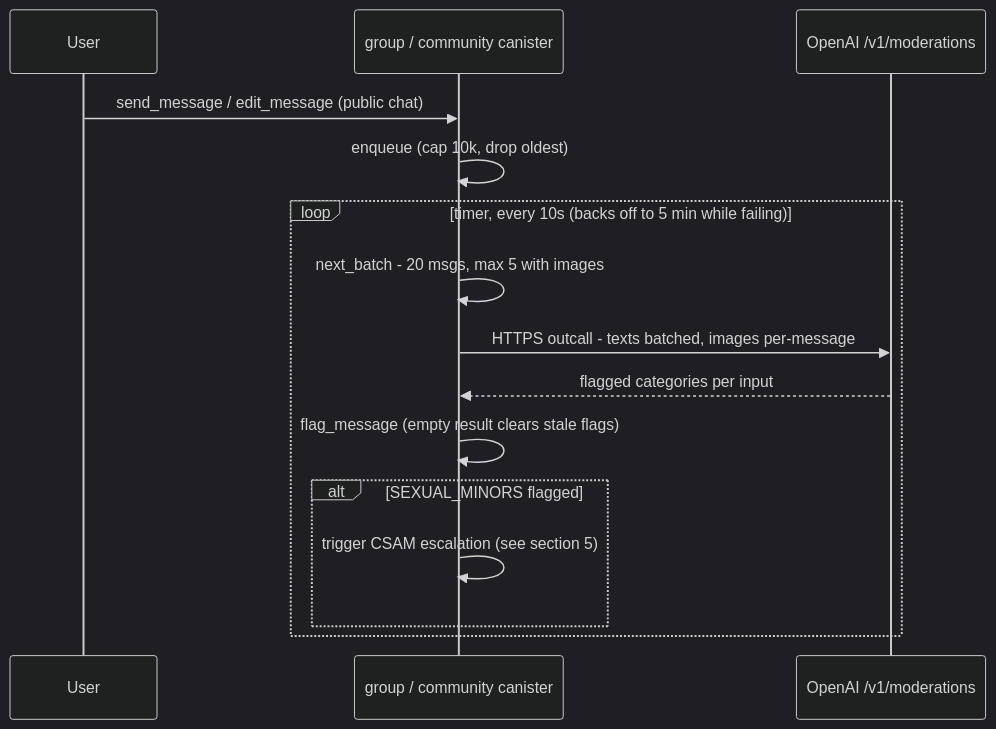
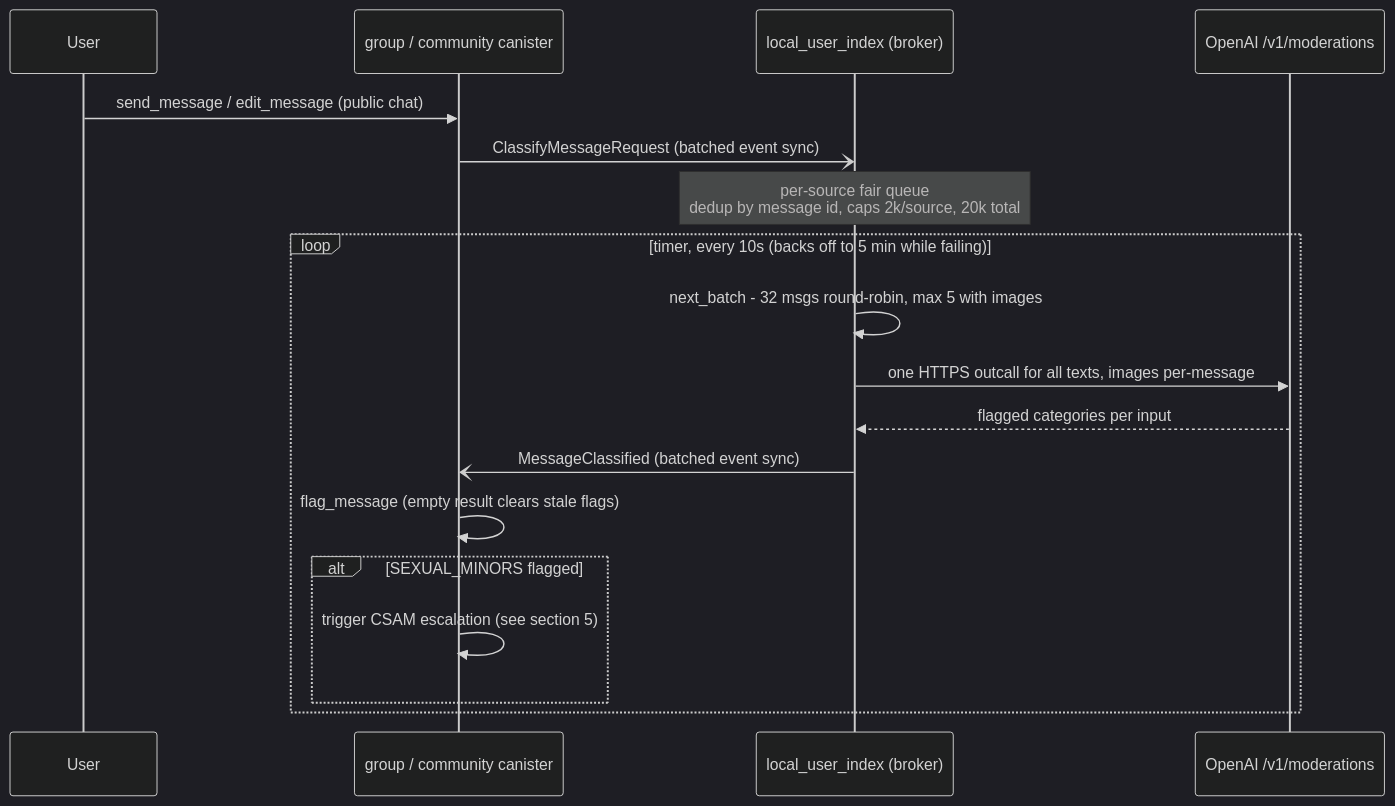
The second of 5 diagrams in architecture/moderation.md (open-chat-labs/open-chat), drawn with Mermaid (dark theme) before and after one commit. The commit also changed other lines of this file, not shown here.

Commit message:
docs: describe the classification broker in the moderation doc

````diff
--- a/architecture/moderation.md
+++ b/architecture/moderation.md
@@ -89,17 +94,20 @@
 ```mermaid
 sequenceDiagram
     participant U as User
     participant G as group / community canister
+    participant L as local_user_index (broker)
     participant O as OpenAI /v1/moderations
     U->>G: send_message / edit_message (public chat)
-    G->>G: enqueue (cap 10k, drop oldest)
+    G-)L: ClassifyMessageRequest (batched event sync)
+    Note over L: per-source fair queue<br/>dedup by message id, caps 2k/source, 20k total
     loop timer, every 10s (backs off to 5 min while failing)
-        G->>G: next_batch - 20 msgs, max 5 with images
-        G->>O: HTTPS outcall - texts batched, images per-message
-        O-->>G: flagged categories per input
+        L->>L: next_batch - 32 msgs round-robin, max 5 with images
+        L->>O: one HTTPS outcall for all texts, images per-message
+        O-->>L: flagged categories per input
+        L-)G: MessageClassified (batched event sync)
         G->>G: flag_message (empty result clears stale flags)
         alt SEXUAL_MINORS flagged
             G->>G: trigger CSAM escalation (see section 5)
         end
     end
 ```
````
